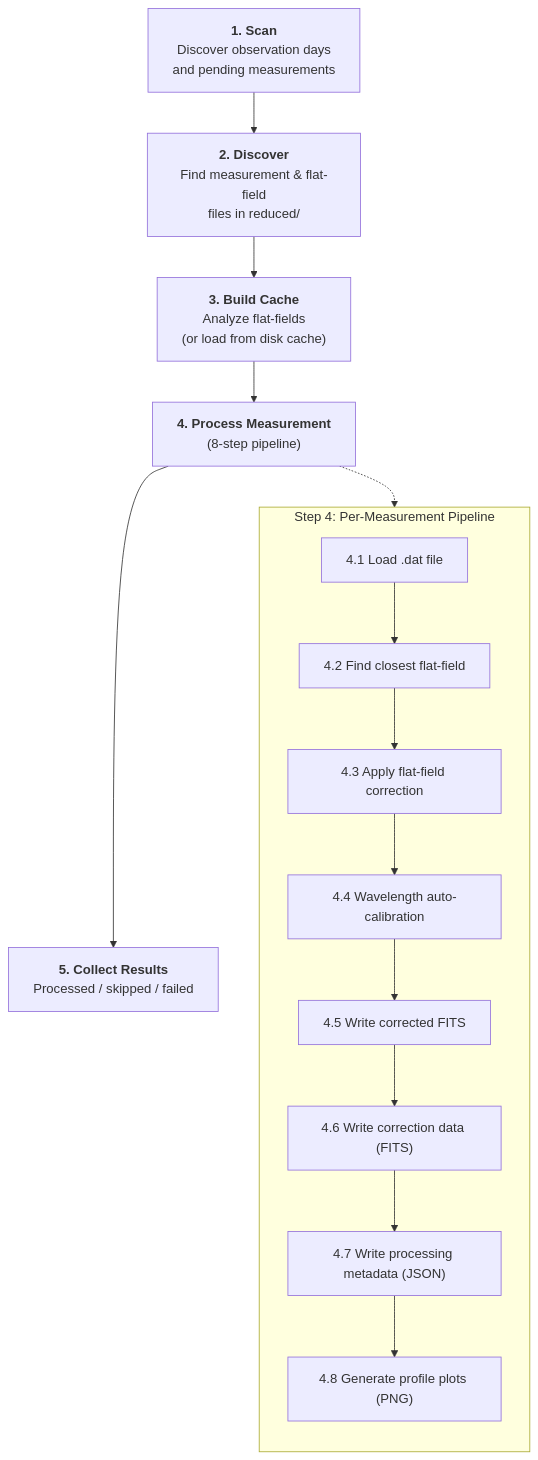
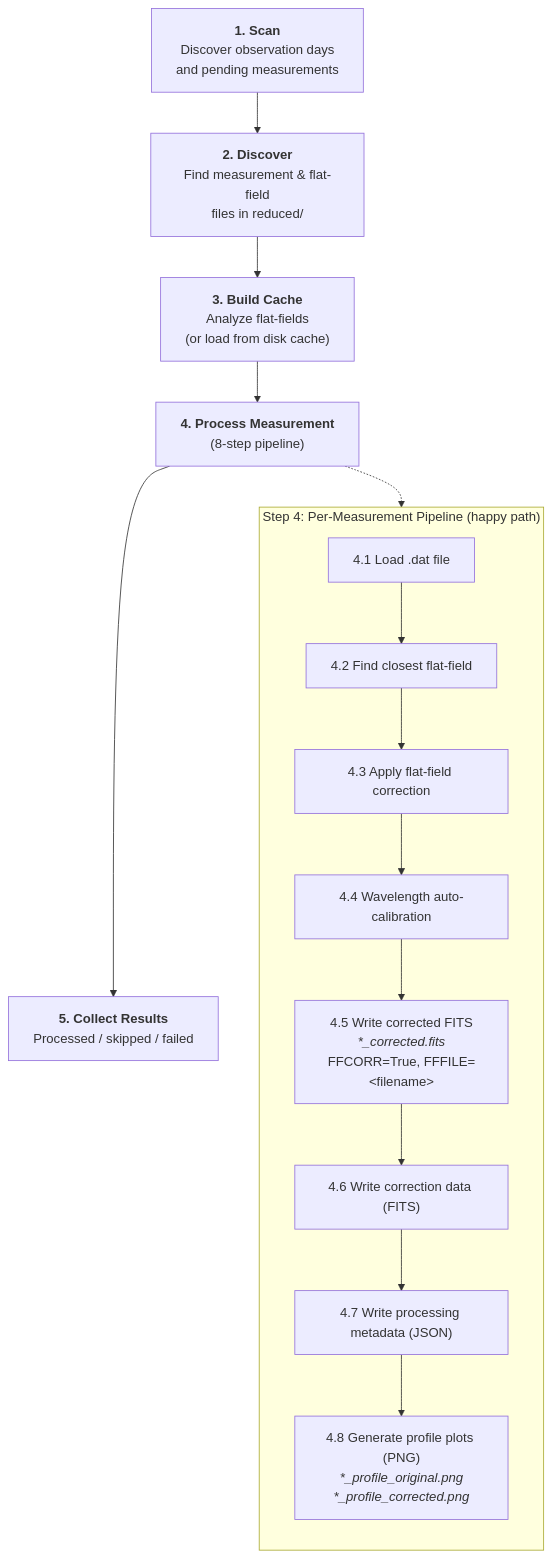
The first of 5 diagrams in docs/pipeline/pipeline_overview.md (cdeldon/irsol-data-pipeline), drawn with Mermaid before and after one commit. The commit also changed other lines of this file and 10 other files, not shown here.

First line of the commit message:
feat: convert-on-ff-failure — export FITS and profile plot for uncorrected measurements

````diff
--- a/docs/pipeline/pipeline_overview.md
+++ b/docs/pipeline/pipeline_overview.md
@@ -7,26 +9,26 @@
 ```mermaid
 flowchart TD
     SCAN["<b>1. Scan</b><br/>Discover observation days<br/>and pending measurements"]
     DISCOVER["<b>2. Discover</b><br/>Find measurement & flat-field<br/>files in reduced/"]
     CACHE["<b>3. Build Cache</b><br/>Analyze flat-fields<br/>(or load from disk cache)"]
     PROCESS["<b>4. Process Measurement</b><br/>(8-step pipeline)"]
     RESULT["<b>5. Collect Results</b><br/>Processed / skipped / failed"]
 
     SCAN --> DISCOVER --> CACHE --> PROCESS --> RESULT
 
-    subgraph "Step 4: Per-Measurement Pipeline"
+    subgraph "Step 4: Per-Measurement Pipeline (happy path)"
         direction TB
         P1["4.1 Load .dat file"]
         P2["4.2 Find closest flat-field"]
         P3["4.3 Apply flat-field correction"]
         P4["4.4 Wavelength auto-calibration"]
-        P5["4.5 Write corrected FITS"]
+        P5["4.5 Write corrected FITS<br/><i>*_corrected.fits</i><br/>FFCORR=True, FFFILE=&lt;filename&gt;"]
         P6["4.6 Write correction data (FITS)"]
         P7["4.7 Write processing metadata (JSON)"]
-        P8["4.8 Generate profile plots (PNG)"]
+        P8["4.8 Generate profile plots (PNG)<br/><i>*_profile_original.png</i><br/><i>*_profile_corrected.png</i>"]
 
         P1 --> P2 --> P3 --> P4 --> P5 --> P6 --> P7 --> P8
     end
 
     PROCESS -.-> P1
 ```
````
